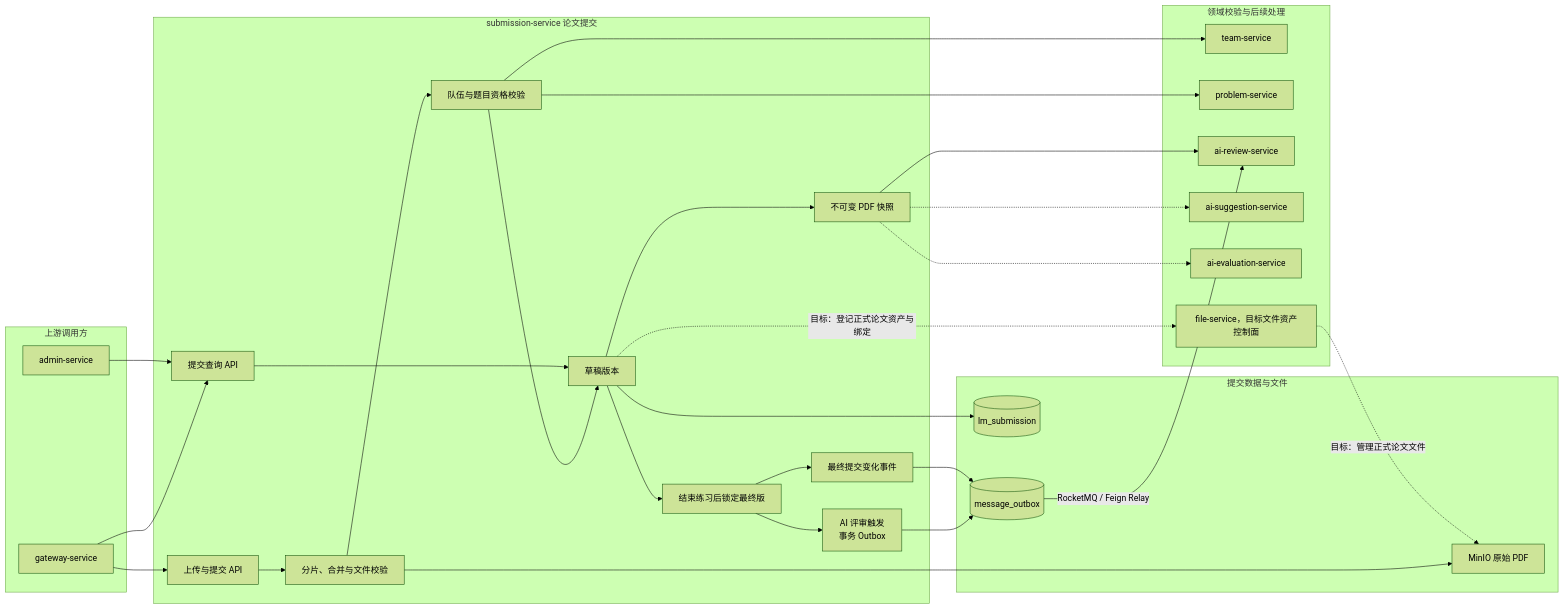
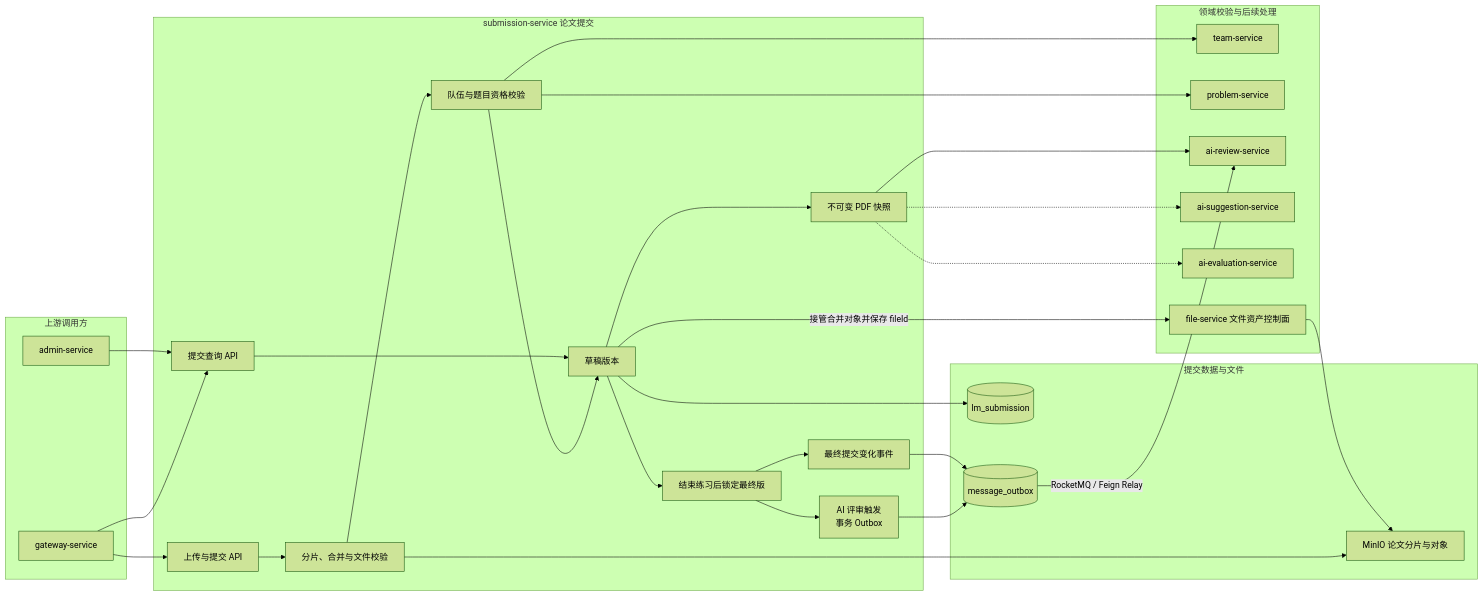
One commit to Dorian7Alden/LeetModel changed the diagram in docs/project/03-微服务设计/submission-service/README.md. Above: the diagram before and after it, drawn with Mermaid (forest theme). The commit also changed other lines of this file and 8 other files, not shown here.

````diff
--- a/docs/project/03-微服务设计/submission-service/README.md
+++ b/docs/project/03-微服务设计/submission-service/README.md
@@ -9,59 +9,59 @@
 ```mermaid
 flowchart LR
     subgraph callers["上游调用方"]
         apiGateway["gateway-service"]
         adminService["admin-service"]
     end
 
     subgraph submission["submission-service 论文提交"]
         submitApi["上传与提交 API"]
         queryApi["提交查询 API"]
         uploadTask["分片、合并与文件校验"]
         eligibility["队伍与题目资格校验"]
         versionRecord["草稿版本"]
         finalization["结束练习后锁定最终版"]
         snapshotApi["不可变 PDF 快照"]
         reviewTrigger["AI 评审触发<br/>事务 Outbox"]
         finalEvent["最终提交变化事件"]
 
         submitApi --> uploadTask
         uploadTask --> eligibility
         eligibility --> versionRecord
         versionRecord --> snapshotApi
         versionRecord --> finalization
         finalization --> reviewTrigger
         finalization --> finalEvent
         queryApi --> versionRecord
     end
 
     subgraph dependencies["领域校验与后续处理"]
         teamService["team-service"]
         problemService["problem-service"]
         reviewService["ai-review-service"]
         suggestionService["ai-suggestion-service"]
         evaluationService["ai-evaluation-service"]
-        fileService["file-service，目标文件资产控制面"]
+        fileService["file-service 文件资产控制面"]
     end
 
     subgraph data["提交数据与文件"]
         submissionDatabase[(lm_submission)]
         messageOutbox[(message_outbox)]
-        minio["MinIO 原始 PDF"]
+        minio["MinIO 论文分片与对象"]
     end
 
     apiGateway --> submitApi
     apiGateway --> queryApi
     adminService --> queryApi
     eligibility --> teamService
     eligibility --> problemService
     uploadTask --> minio
-    versionRecord -. "目标：登记正式论文资产与绑定" .-> fileService
-    fileService -. "目标：管理正式论文文件" .-> minio
+    versionRecord -->|"接管合并对象并保存 fileId"| fileService
+    fileService --> minio
     versionRecord --> submissionDatabase
     reviewTrigger --> messageOutbox
     messageOutbox -->|"RocketMQ / Feign Relay"| reviewService
     finalEvent --> messageOutbox
     snapshotApi --> reviewService
     snapshotApi -.-> suggestionService
     snapshotApi -.-> evaluationService
 ```
````
